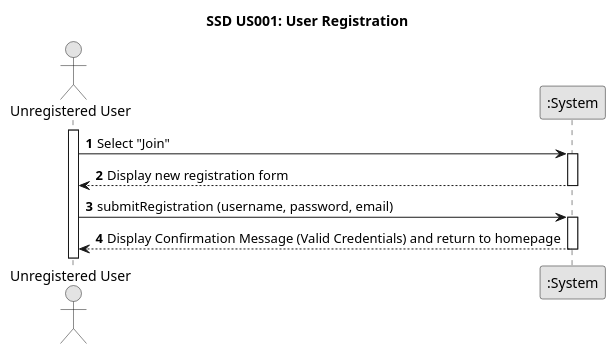
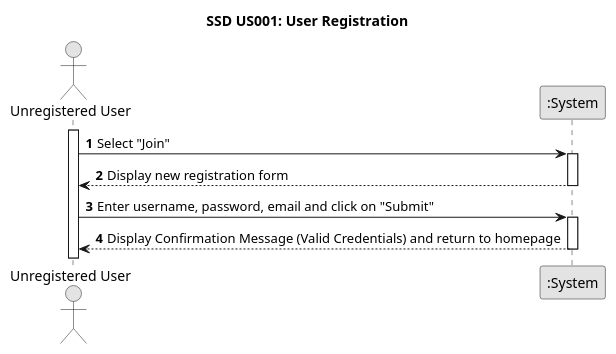
Before and after one commit to TiagoMagalhaes1232507/Testando-projeto: the diagram in docs/sprint01/us001/01.requirements-engineering/puml/us001-system-sequence-diagram.puml, drawn with PlantUML. The commit also changed 1 other file, not shown here.

```diff
--- a/docs/sprint01/us001/01.requirements-engineering/puml/us001-system-sequence-diagram.puml
+++ b/docs/sprint01/us001/01.requirements-engineering/puml/us001-system-sequence-diagram.puml
@@ -1,27 +1,27 @@
 @startuml System Sequence Diagram (SSD)
 skinparam monochrome true
 skinparam packageStyle rectangle
 skinparam shadowing false
 
 title SSD US001: User Registration
 
 autonumber
 
 actor "Unregistered User" as User
 participant ":System" as System
 
 activate User
 
 User -> System : Select "Join"
 activate System
 
 System --> User : Display new registration form
 deactivate System
 
-User -> System : submitRegistration (username, password, email)
+User -> System : Enter username, password, email and click on "Submit"
 activate System
 
 System --> User : Display Confirmation Message (Valid Credentials) and return to homepage
 
 deactivate System
 @enduml
```
